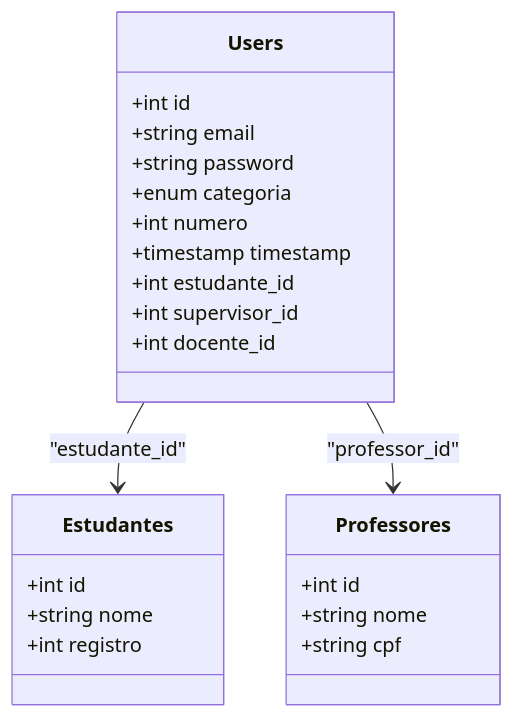
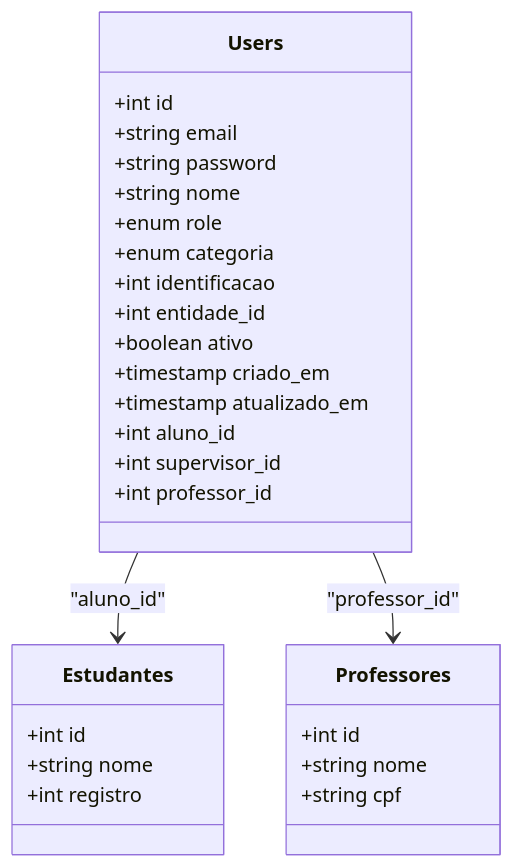
One commit to luiseduacosta/tcc4 changed the third of 9 diagrams in .qoder/repowiki/en/content/Database Schema Design.md. Above: the diagram before and after it, drawn with Mermaid. The commit also changed other lines of this file and 101 other files, not shown here.

````diff
--- a/.qoder/repowiki/en/content/Database Schema Design.md
+++ b/.qoder/repowiki/en/content/Database Schema Design.md
@@ -187,26 +182,31 @@
 ```mermaid
 classDiagram
 class Users {
 +int id
 +string email
 +string password
++string nome
++enum role
 +enum categoria
-+int numero
-+timestamp timestamp
-+int estudante_id
++int identificacao
++int entidade_id
++boolean ativo
++timestamp criado_em
++timestamp atualizado_em
++int aluno_id
 +int supervisor_id
-+int docente_id
++int professor_id
 }
 class Estudantes {
 +int id
 +string nome
 +int registro
 }
 class Professores {
 +int id
 +string nome
 +string cpf
 }
-Users --> Estudantes : "estudante_id"
+Users --> Estudantes : "aluno_id"
 Users --> Professores : "professor_id"
 ```
````
